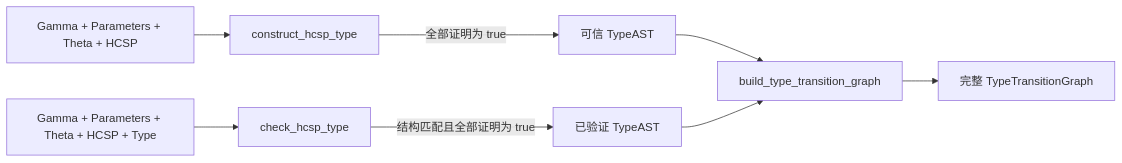
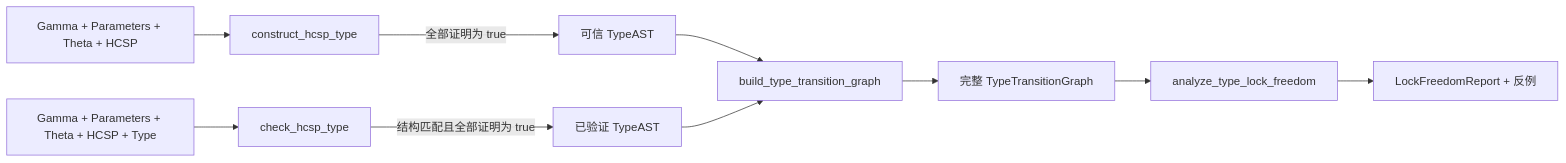
One commit to ZSBYzsby/A-Behavioral-Type-System-for-Hybrid-CSP changed the diagram in document/PUBLIC_API_GUIDE.md. Above: the diagram before and after it, drawn with Mermaid. The commit also changed other lines of this file and 20 other files, not shown here.

Commit message:
实现类型状态迁移图死活锁分析接口

````diff
--- a/document/PUBLIC_API_GUIDE.md
+++ b/document/PUBLIC_API_GUIDE.md
@@ -23,10 +25,12 @@
 ```mermaid
 flowchart LR
     S1["Gamma + Parameters + Theta + HCSP"] --> C["construct_hcsp_type"]
     C -->|"全部证明为 true"| T1["可信 TypeAST"]
     S2["Gamma + Parameters + Theta + HCSP + Type"] --> K["check_hcsp_type"]
     K -->|"结构匹配且全部证明为 true"| T2["已验证 TypeAST"]
     T1 --> G["build_type_transition_graph"]
     T2 --> G
     G --> TG["完整 TypeTransitionGraph"]
+    TG --> L["analyze_type_lock_freedom"]
+    L --> R["LockFreedomReport + 反例"]
 ```
````
